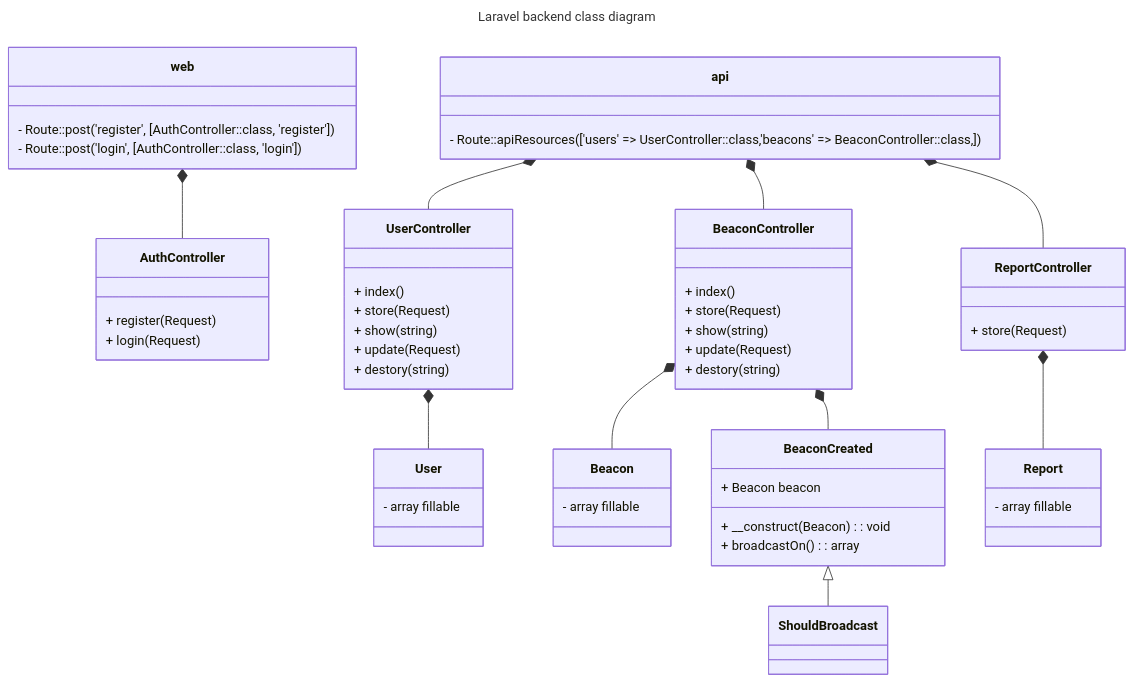
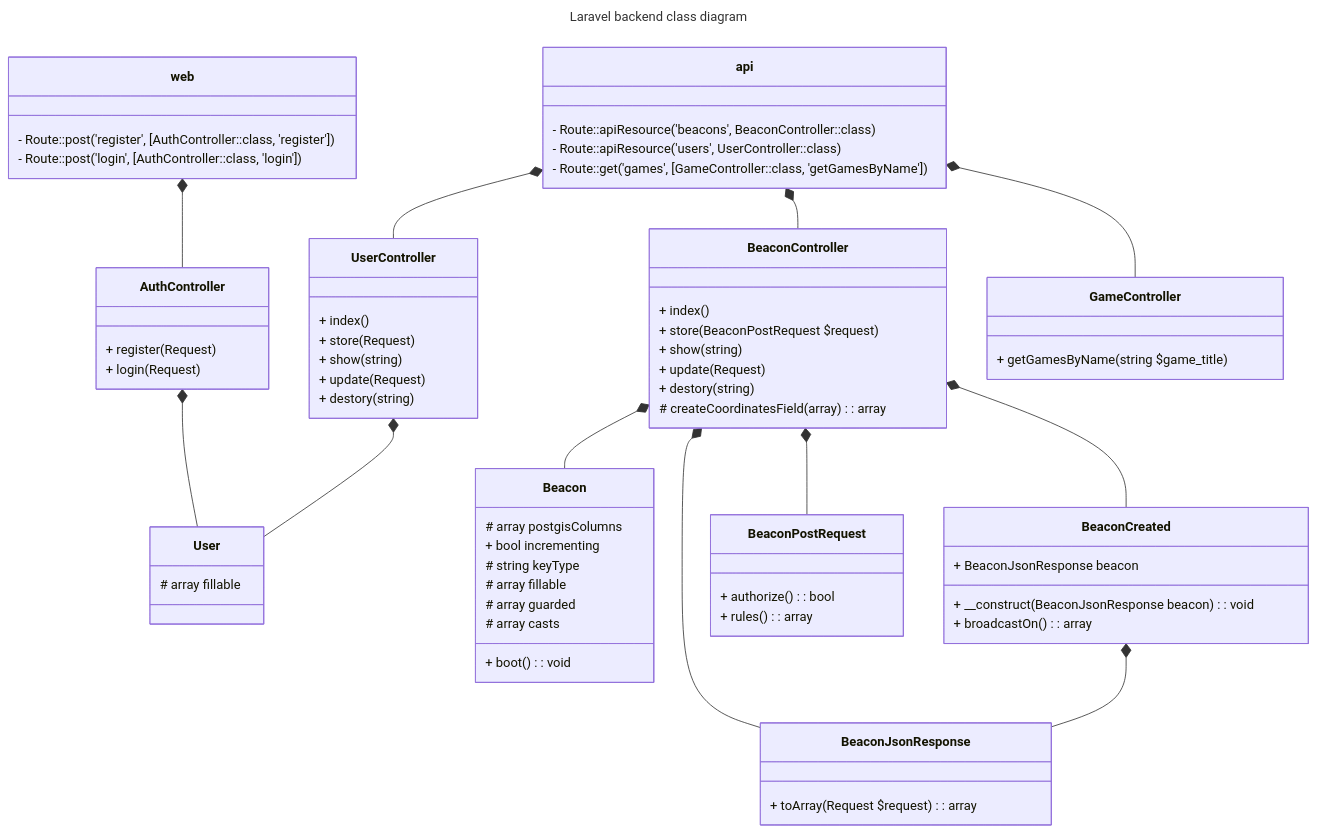
The seventh of 9 diagrams in documentation/docs/system-architecture/classdiagrams.md (jenniferlieu/project-lomo-in-person-gaming-app), drawn with Mermaid before and after one commit. The commit also changed other lines of this file and 5 other files, not shown here.

````diff
--- a/documentation/docs/system-architecture/classdiagrams.md
+++ b/documentation/docs/system-architecture/classdiagrams.md
@@ -247,63 +247,78 @@
 ```mermaid
 ---
 title: Laravel backend class diagram
 ---
 classDiagram
     web *-- AuthController
     class web {
         - Route::post('register', [AuthController::class, 'register'])
         - Route::post('login', [AuthController::class, 'login'])
     }
 
+    AuthController *-- User
     class AuthController {
         + register(Request)
         + login(Request)
     }
 
     api *-- UserController
     api *-- BeaconController
-    api *-- ReportController
-
+    api *-- GameController
     class api {
-        - Route::apiResources(['users' => UserController::class,'beacons' => BeaconController::class,])
+        - Route::apiResource('beacons', BeaconController::class)
+        - Route::apiResource('users', UserController::class)
+        - Route::get('games', [GameController::class, 'getGamesByName'])
     }
 
     UserController *-- User
     class UserController{
         + index()
         + store(Request)
         + show(string)
         + update(Request)
         + destory(string)
     }
     class User {
-        - array fillable
+        # array fillable
     }
 
     BeaconController *-- Beacon
     BeaconController *-- BeaconCreated
+    BeaconController *-- BeaconPostRequest
+    BeaconController *-- BeaconJsonResponse
     class BeaconController{
         + index()
-        + store(Request)
+        + store(BeaconPostRequest $request)
         + show(string)
         + update(Request)
         + destory(string)
+        # createCoordinatesField(array): array
     }
     class Beacon {
-        - array fillable
+        # array postgisColumns
+        + bool incrementing
+        # string keyType
+        # array fillable
+        # array guarded
+        # array casts
+        + boot(): void
     }
-    BeaconCreated <|-- ShouldBroadcast
+
+    BeaconCreated *-- BeaconJsonResponse
     class BeaconCreated {
-        + Beacon beacon
-        + __construct(Beacon): void
+        + BeaconJsonResponse beacon
+        + __construct(BeaconJsonResponse beacon): void
         + broadcastOn(): array
     }
+    class BeaconPostRequest {
+        + authorize(): bool
+        + rules(): array
+    }
+    class BeaconJsonResponse {
+        + toArray(Request $request): array
+    }
 
-    ReportController *-- Report
-    class ReportController{
-        + store(Request)
-    }
-    class Report {
-        - array fillable
+    class GameController{
+        + getGamesByName(string $game_title)
     }
 ```
````
